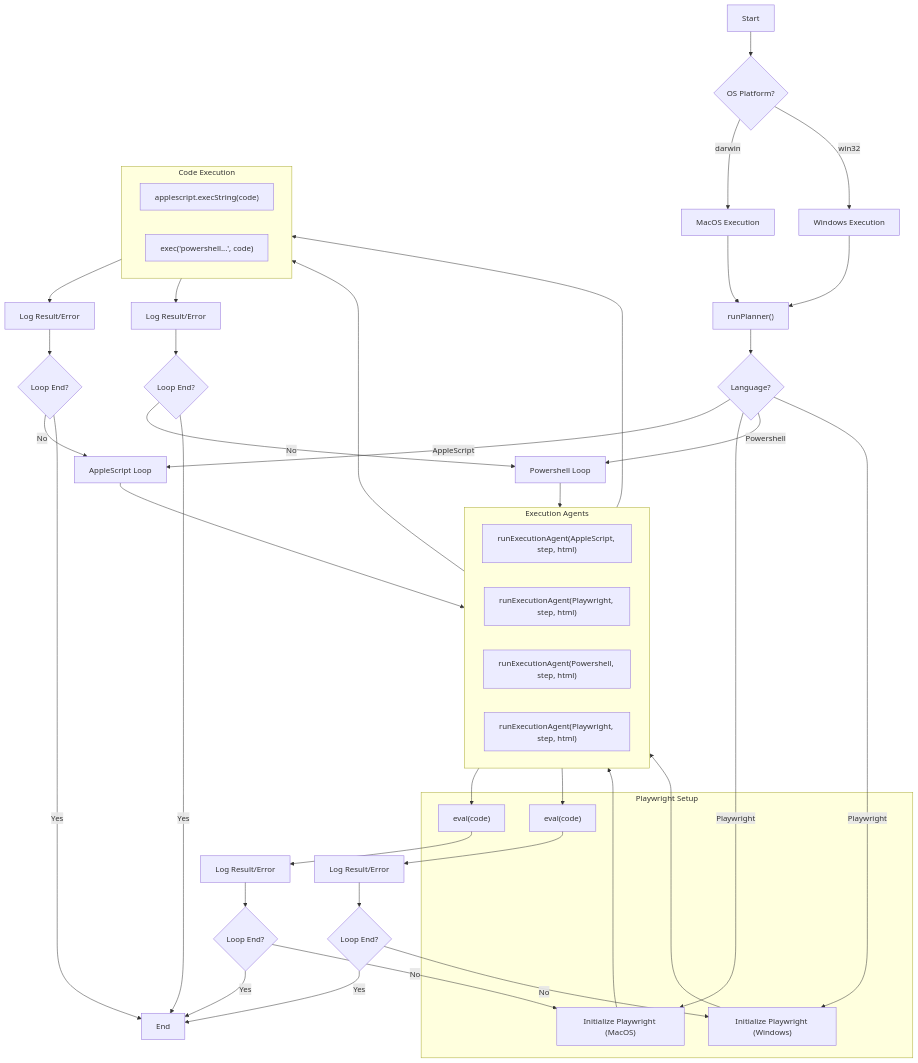
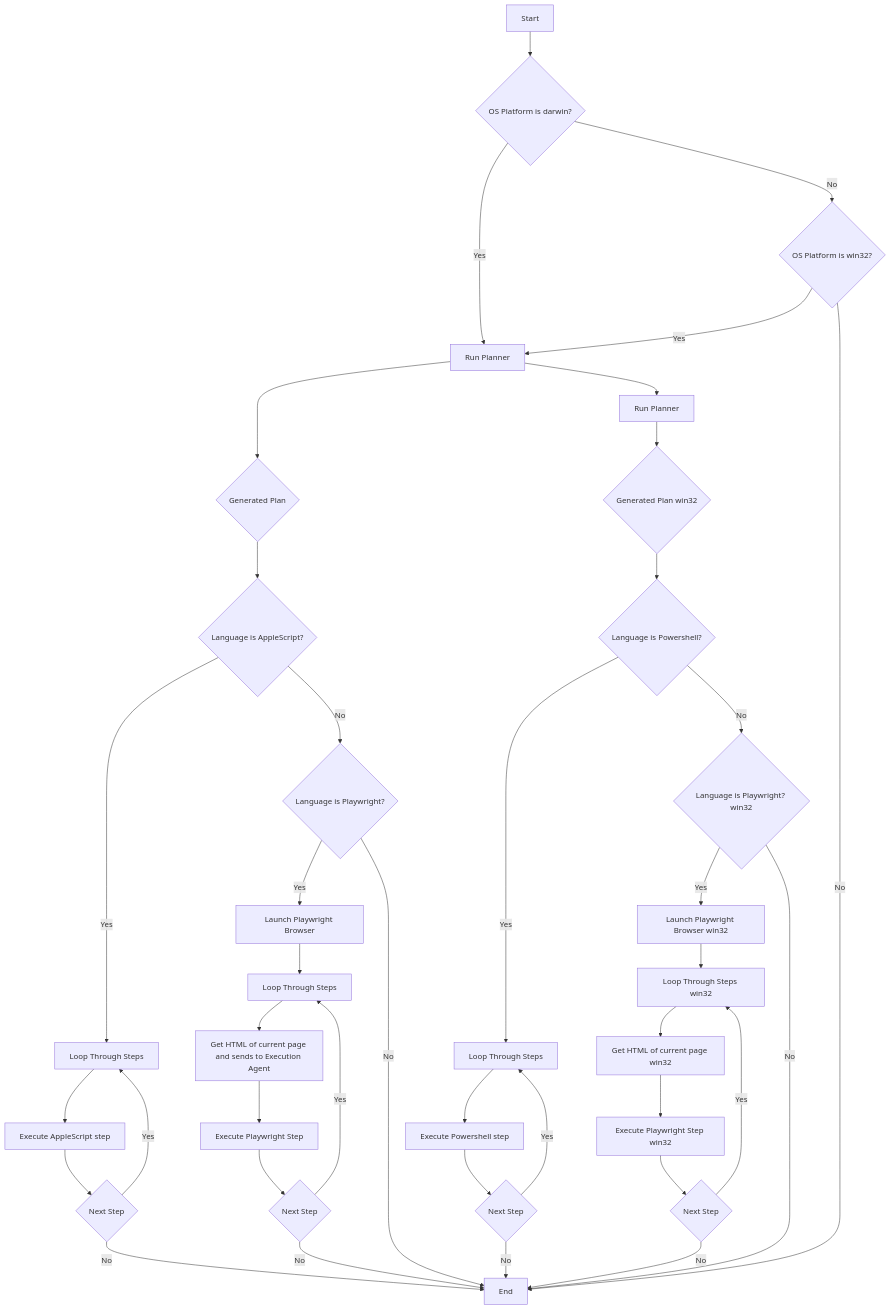
One commit to ChainedTears/Agent-SURF changed the diagram in README.md. Above: the diagram before and after it, drawn with Mermaid.

````diff
--- a/README.md
+++ b/README.md
@@ -42,60 +42,43 @@
 ```mermaid
 graph TD
-    A[Start] --> B{OS Platform?};
-    B -- darwin --> C[MacOS Execution];
-    B -- win32 --> D[Windows Execution];
-    C --> E[Run Planner];
-    D --> E;
-    E --> F{Language?};
-    F -- AppleScript --> G[AppleScript Loop];
-    F -- Playwright --> H[Playwright Loop MacOS];
-    F -- Powershell --> I[Powershell Loop];
-    F -- Playwright --> J[Playwright Loop Windows];
-    G --> K[Run Execution Agent];
-    H --> L[Run Execution Agent];
-    I --> M[Run Execution Agent];
-    J --> N[Run Execution Agent];
-    K --> O[Execute AppleScript];
-    L --> P[Execute Playwright MacOS];
-    M --> Q[Execute Powershell];
-    N --> R[Execute Playwright Windows];
-    O --> S[Log Result/Error];
-    P --> T[Log Result/Error];
-    Q --> U[Log Result/Error];
-    R --> V[Log Result/Error];
-    S --> W{Loop End?};
-    T --> X{Loop End?};
-    U --> Y{Loop End?};
-    V --> Z{Loop End?};
-    W -- No --> G;
-    X -- No --> H;
-    Y -- No --> I;
-    Z -- No --> J;
-    W -- Yes --> AA[End];
-    X -- Yes --> AA;
-    Y -- Yes --> AA;
-    Z -- Yes --> AA;
-
-    subgraph "Execution Agents"
-        direction LR
-        K["runExecutionAgent(AppleScript, step, html)"]
-        L["runExecutionAgent(Playwright, step, html)"]
-        M["runExecutionAgent(Powershell, step, html)"]
-        N["runExecutionAgent(Playwright, step, html)"]
-    end
+    A[Start] --> B{OS Platform is darwin?};
+    B -- Yes --> C[Run Planner];
+    B -- No --> J{OS Platform is win32?};
+     J -- Yes --> C;
+    J -- No --> Z[End];
+    C --> D{Generated Plan};
+    D --> E{Language is AppleScript?};
+    E -- Yes --> F[Loop Through Steps];
+    E -- No --> G{Language is Playwright?};
+    G -- Yes --> H[Launch Playwright Browser];
+    G -- No --> Z;
+    F --> I[Execute AppleScript step];
+     I--> K{Next Step};
+     K -- Yes --> F;
+     K -- No --> Z;
+    H --> L[Loop Through Steps];
+     L--> M[Get HTML of current page and sends to Execution Agent];
+     M --> N[Execute Playwright Step];
+     N --> O{Next Step};
+    O -- Yes --> L;
+    O -- No --> Z;
+     C-->P[Run Planner ];
+    P-->Q{Generated Plan win32};
+        Q --> R{Language is Powershell?};
+    R -- Yes --> S[Loop Through Steps ];
+    R -- No --> T{Language is Playwright? win32};
+     T -- Yes --> U[Launch Playwright Browser win32];
+        T -- No --> Z;
+    S --> V[Execute Powershell step];
+         V-->W{Next Step};
+         W -- Yes --> S;
+         W -- No --> Z;
+       U --> X[Loop Through Steps win32];
+       X--> Y[Get HTML of current page win32];
+       Y --> AA[Execute Playwright Step win32];
+        AA --> AB{Next Step};
+        AB -- Yes --> X;
+        AB -- No --> Z;
     
-    subgraph "Code Execution"
-      direction LR
-      O["applescript.execString(code)"]
-      Q["exec('powershell...', code)"]
-    end
-
-    subgraph "Playwright Setup"
-        H["Initialize Playwright (MacOS)"]
-        J["Initialize Playwright (Windows)"]
-        P["eval(code)"]
-        R["eval(code)"]
-    end
-
-    E["runPlanner()"]
+    Z[End];
 ```
````
